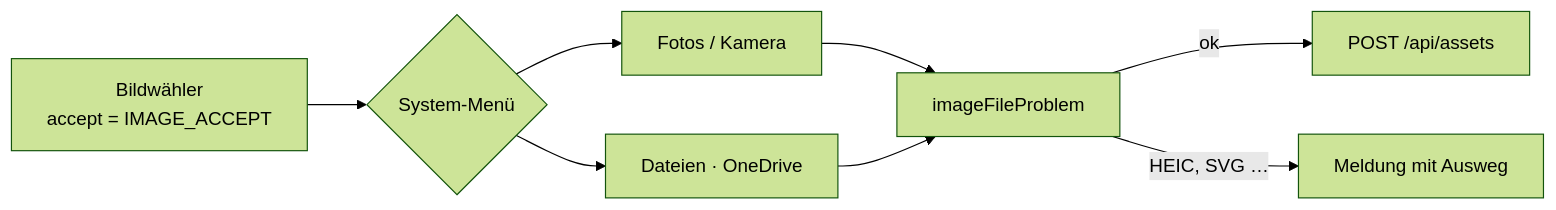
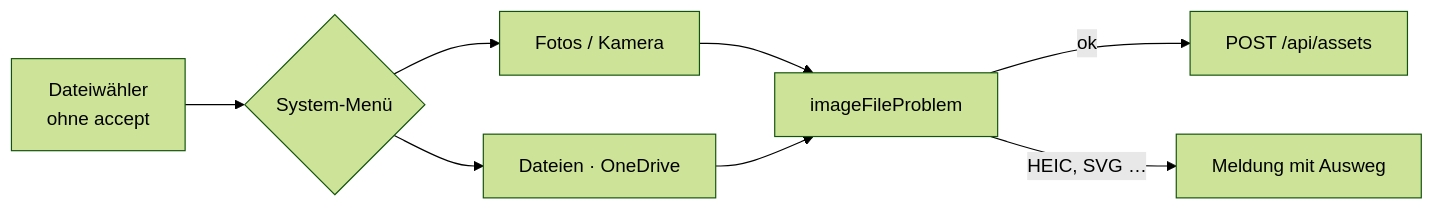
Before and after one commit to Mrfudog/Atlas-Mentis: the diagram in VTT/Features/F-063 Bildverwaltung.md, drawn with Mermaid (forest theme). The commit also changed other lines of this file and 3 other files, not shown here.

````diff
--- a/VTT/Features/F-063 Bildverwaltung.md
+++ b/VTT/Features/F-063 Bildverwaltung.md
@@ -46,10 +49,10 @@
 ```mermaid
 flowchart LR
-  W[Bildwähler<br/>accept = IMAGE_ACCEPT] --> S{System-Menü}
+  W[Dateiwähler<br/>ohne accept] --> S{System-Menü}
   S --> F[Fotos / Kamera]
   S --> D[Dateien · OneDrive]
   F --> P[imageFileProblem]
   D --> P
   P -- ok --> A[POST /api/assets]
   P -- HEIC, SVG … --> M[Meldung mit Ausweg]
 ```
````
